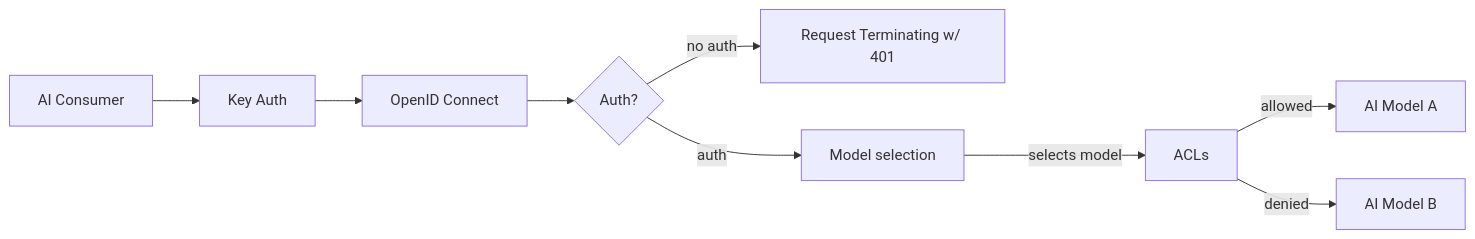
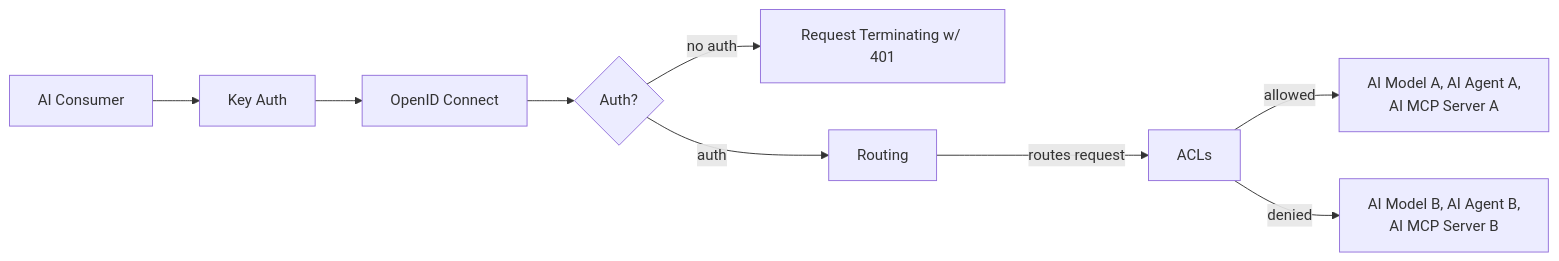
One commit to Kong/developer.konghq.com changed the diagram in app/_ai_gateway_entities/ai-identity-provider.md. Above: the diagram before and after it, drawn with Mermaid. The commit also changed other lines of this file and 2 other files, not shown here.

```diff
--- a/app/_ai_gateway_entities/ai-identity-provider.md
+++ b/app/_ai_gateway_entities/ai-identity-provider.md
@@ -92,21 +104,21 @@
 {% mermaid %}
 flowchart LR
     Client["AI Consumer"]
     KeyAuth["Key Auth"]
     OIDC["OpenID Connect"]
     Decision{Auth?}
     AnonErr["Request Terminating w/ 401"]
-    ModelSel["Model selection"]
+    Route["Routing"]
     ACLs["ACLs"]
-    Model1["AI Model A"]
-    Model2["AI Model B"]
+    Allowed["AI Model A, AI Agent A,<br/>AI MCP Server A"]
+    Denied["AI Model B, AI Agent B,<br/>AI MCP Server B"]
 
     Client-->KeyAuth
     KeyAuth-->OIDC
     OIDC-->Decision
     Decision-->|no auth|AnonErr
-    Decision-->|auth|ModelSel
-    ModelSel-->|selects model|ACLs
-    ACLs-->|allowed|Model1
-    ACLs-->|denied|Model2
+    Decision-->|auth|Route
+    Route-->|routes request|ACLs
+    ACLs-->|allowed|Allowed
+    ACLs-->|denied|Denied
 {% endmermaid %}
```
